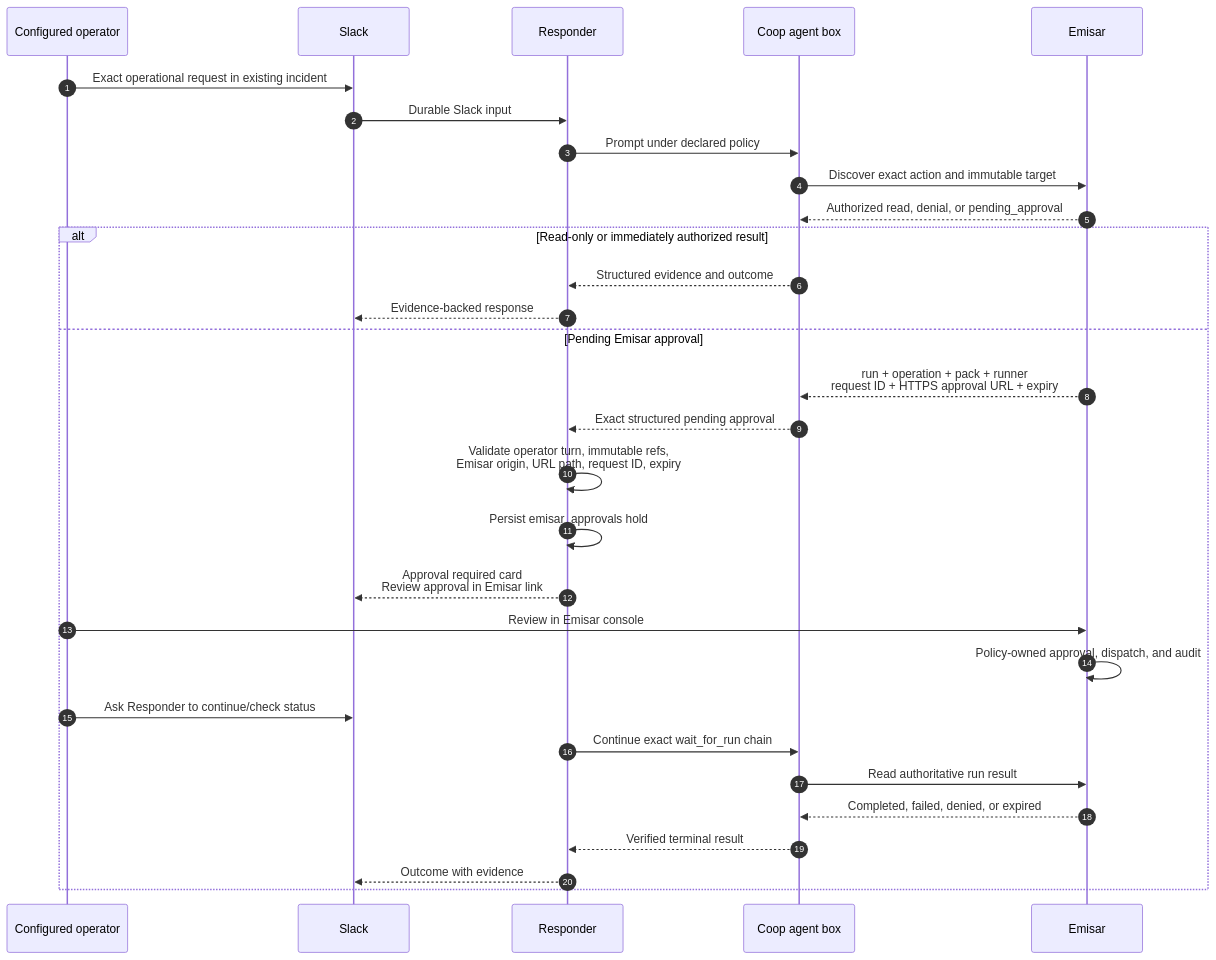
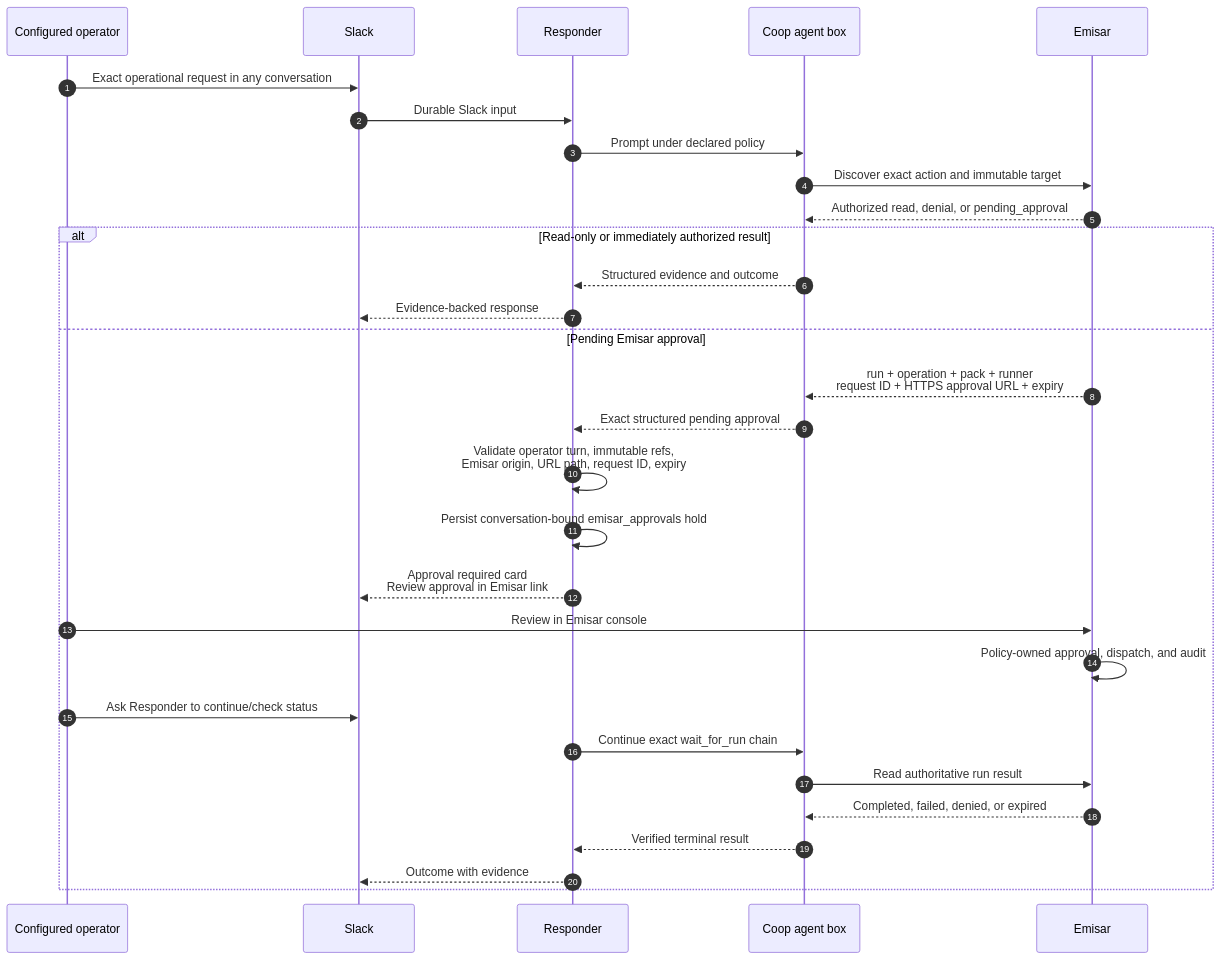
Before and after one commit to AndrewDryga/ryker: the ninth of 11 diagrams in docs/how-responder-works.md, drawn with Mermaid. The commit also changed other lines of this file and 18 other files, not shown here.

````diff
--- a/docs/how-responder-works.md
+++ b/docs/how-responder-works.md
@@ -451,34 +451,34 @@
 ```mermaid
 sequenceDiagram
   autonumber
   participant O as Configured operator
   participant S as Slack
   participant R as Responder
   participant C as Coop agent box
   participant E as Emisar
 
-  O->>S: Exact operational request in existing incident
+  O->>S: Exact operational request in any conversation
   S->>R: Durable Slack input
   R->>C: Prompt under declared policy
   C->>E: Discover exact action and immutable target
   E-->>C: Authorized read, denial, or pending_approval
 
   alt Read-only or immediately authorized result
     C-->>R: Structured evidence and outcome
     R-->>S: Evidence-backed response
   else Pending Emisar approval
     E-->>C: run + operation + pack + runner<br/>request ID + HTTPS approval URL + expiry
     C-->>R: Exact structured pending approval
     R->>R: Validate operator turn, immutable refs,<br/>Emisar origin, URL path, request ID, expiry
-    R->>R: Persist emisar_approvals hold
+    R->>R: Persist conversation-bound emisar_approvals hold
     R-->>S: Approval required card<br/>Review approval in Emisar link
     O->>E: Review in Emisar console
     E->>E: Policy-owned approval, dispatch, and audit
     O->>S: Ask Responder to continue/check status
     R->>C: Continue exact wait_for_run chain
     C->>E: Read authoritative run result
     E-->>C: Completed, failed, denied, or expired
     C-->>R: Verified terminal result
     R-->>S: Outcome with evidence
   end
 ```
````
